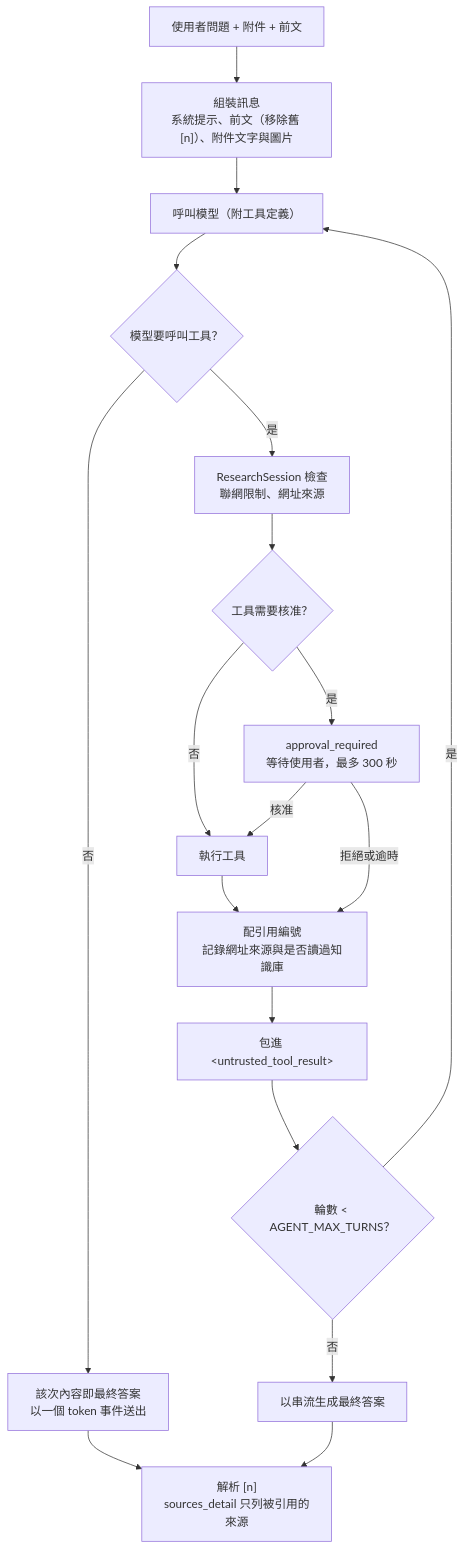
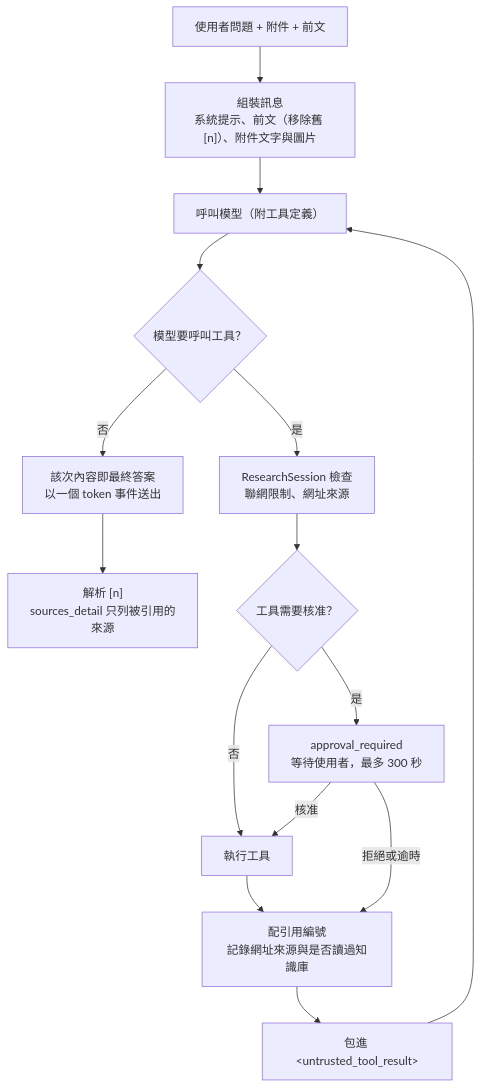
Before and after one commit to Scorpio-meow/AskMiao: the sixth of 9 diagrams in docs/architecture.md, drawn with Mermaid. The commit also changed 46 other files, not shown here.

````diff
--- a/docs/architecture.md
+++ b/docs/architecture.md
@@ -366,19 +366,17 @@
 ```mermaid
 flowchart TB
     Q["使用者問題 + 附件 + 前文"] --> Build["組裝訊息<br/>系統提示、前文（移除舊 [n]）、附件文字與圖片"]
     Build --> Call["呼叫模型（附工具定義）"]
     Call --> HasTools{"模型要呼叫工具？"}
     HasTools -->|否| Answer["該次內容即最終答案<br/>以一個 token 事件送出"]
     HasTools -->|是| Check["ResearchSession 檢查<br/>聯網限制、網址來源"]
     Check --> Approve{"工具需要核准？"}
     Approve -->|否| Exec["執行工具"]
     Approve -->|是| Ask["approval_required<br/>等待使用者，最多 300 秒"]
     Ask -->|核准| Exec
     Ask -->|拒絕或逾時| Record
     Exec --> Record["配引用編號<br/>記錄網址來源與是否讀過知識庫"]
     Record --> Wrap["包進 &lt;untrusted_tool_result&gt;"]
-    Wrap --> More{"輪數 < AGENT_MAX_TURNS？"}
-    More -->|是| Call
-    More -->|否| Stream["以串流生成最終答案"]
-    Answer & Stream --> Cite["解析 [n]<br/>sources_detail 只列被引用的來源"]
+    Wrap --> Call
+    Answer --> Cite["解析 [n]<br/>sources_detail 只列被引用的來源"]
 ```
````
